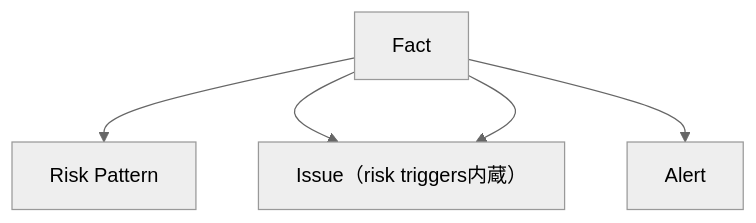
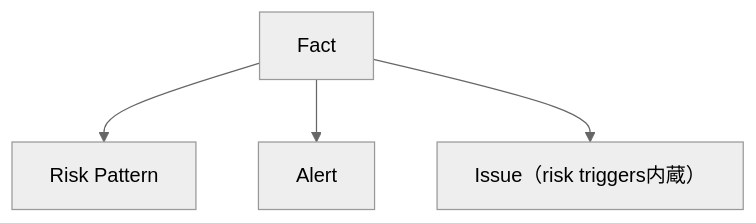
One commit to aokicreativeoffice/AokiCreativeOfficeGTD changed the diagram in 02_zettelkasten/21_domain/lawvault/risk/リスクHub.md. Above: the diagram before and after it, drawn with Mermaid (neutral theme). The commit also changed 2 other files, not shown here.

Commit message:
vault backup: 2026-03-22 16:03:46

````diff
--- a/02_zettelkasten/21_domain/lawvault/risk/リスクHub.md
+++ b/02_zettelkasten/21_domain/lawvault/risk/リスクHub.md
@@ -2,9 +2,8 @@
 ```mermaid
 flowchart TD  
   
 F[Fact]  
 F --> R[Risk Pattern]  
-F --> I[Issue]  
 F --> A[Alert]
-F --> I[Issue（risk triggers内蔵）]
+F --> Irt[Issue（risk triggers内蔵）]
 ```
````
